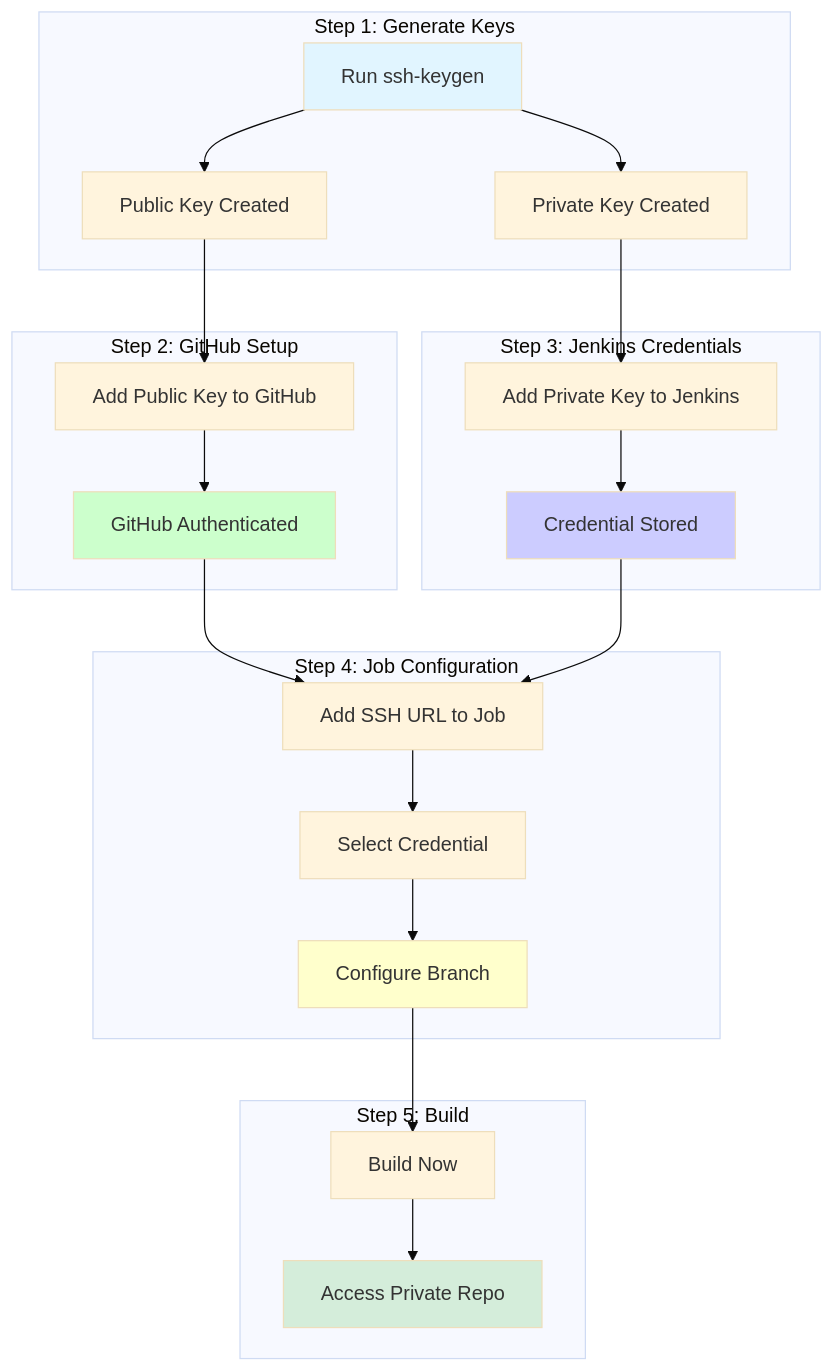
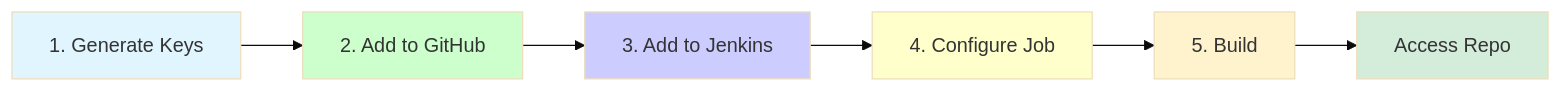
The eighth of 9 diagrams in README.md (onurglr/github-ssh-jenkins-tutorial), drawn with Mermaid (base theme) before and after one commit. The commit also changed other lines of this file and 4 other files, not shown here.

````diff
--- a/README.md
+++ b/README.md
@@ -277,35 +245,11 @@
 ```mermaid
-graph TB
-    subgraph Step1["Step 1: Generate Keys"]
-        A1[Run ssh-keygen] --> A2[Private Key Created]
-        A1 --> A3[Public Key Created]
-    end
+graph LR
+    A[1. Generate Keys] --> B[2. Add to GitHub] --> C[3. Add to Jenkins] --> D[4. Configure Job] --> E[5. Build] --> F[Access Repo]
     
-    subgraph Step2["Step 2: GitHub Setup"]
-        A3 --> B1[Add Public Key to GitHub]
-        B1 --> B2[GitHub Authenticated]
-    end
-    
-    subgraph Step3["Step 3: Jenkins Credentials"]
-        A2 --> C1[Add Private Key to Jenkins]
-        C1 --> C2[Credential Stored]
-    end
-    
-    subgraph Step4["Step 4: Job Configuration"]
-        B2 --> D1[Add SSH URL to Job]
-        C2 --> D1
-        D1 --> D2[Select Credential]
-        D2 --> D3[Configure Branch]
-    end
-    
-    subgraph Step5["Step 5: Build"]
-        D3 --> E1[Build Now]
-        E1 --> E2[Access Private Repo]
-    end
-    
-    style A1 fill:#e1f5ff
-    style B2 fill:#ccffcc
-    style C2 fill:#ccccff
-    style D3 fill:#ffffcc
-    style E2 fill:#d4edda
+    style A fill:#e1f5ff
+    style B fill:#ccffcc
+    style C fill:#ccccff
+    style D fill:#ffffcc
+    style E fill:#fff3cd
+    style F fill:#d4edda
 ```
````
